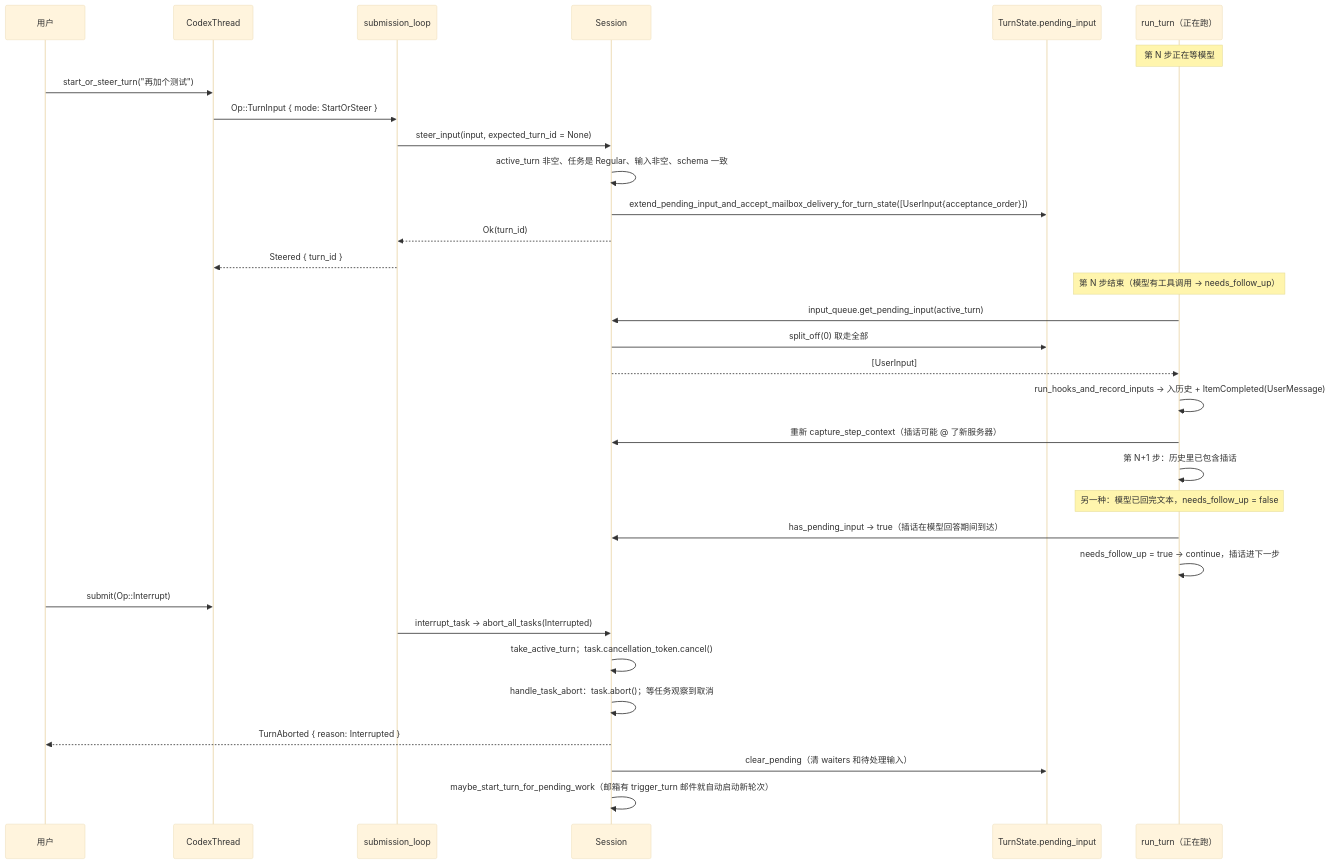
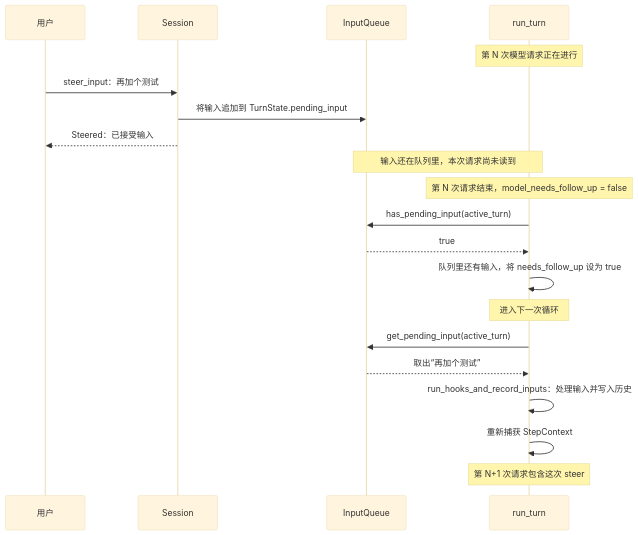
Before and after one commit to nickqiaoo/nickqiaoo.github.io: diagram 25 of 32 in src/content/post/agents-codex/index.md, drawn with Mermaid (base theme). The commit also changed other lines of this file and 2 other files, not shown here.

First line of the commit message:
docs(agents): checkpoint codex/opencode revisions and update handoff notes

````diff
--- a/src/content/post/agents-codex/index.md
+++ b/src/content/post/agents-codex/index.md
@@ -1711,37 +1807,25 @@
 ```mermaid
 sequenceDiagram
   participant U as 用户
-  participant CT as CodexThread
-  participant L as submission_loop
   participant S as Session
-  participant TS as TurnState.pending_input
-  participant RT as run_turn（正在跑）
+  participant Q as InputQueue
+  participant R as run_turn
 
-  Note over RT: 第 N 步正在等模型
-  U->>CT: start_or_steer_turn("再加个测试")
-  CT->>L: Op::TurnInput { mode: StartOrSteer }
-  L->>S: steer_input(input, expected_turn_id = None)
-  S->>S: active_turn 非空、任务是 Regular、输入非空、schema 一致
-  S->>TS: extend_pending_input_and_accept_mailbox_delivery_for_turn_state([UserInput{acceptance_order}])
-  S-->>L: Ok(turn_id)
-  L-->>CT: Steered { turn_id }
-  Note over RT: 第 N 步结束（模型有工具调用 → needs_follow_up）
-  RT->>S: input_queue.get_pending_input(active_turn)
-  S->>TS: split_off(0) 取走全部
-  S-->>RT: [UserInput]
-  RT->>RT: run_hooks_and_record_inputs → 入历史 + ItemCompleted(UserMessage)
-  RT->>S: 重新 capture_step_context（插话可能 @ 了新服务器）
-  RT->>RT: 第 N+1 步：历史里已包含插话
+  Note over R: 第 N 次模型请求正在进行
+  U->>S: steer_input：再加个测试
+  S->>Q: 将输入追加到 TurnState.pending_input
+  S-->>U: Steered：已接受输入
+  Note over Q,R: 输入还在队列里，本次请求尚未读到
 
-  Note over RT: 另一种：模型已回完文本，needs_follow_up = false
-  RT->>S: has_pending_input → true（插话在模型回答期间到达）
-  RT->>RT: needs_follow_up = true → continue，插话进下一步
+  Note over R: 第 N 次请求结束，model_needs_follow_up = false
+  R->>Q: has_pending_input(active_turn)
+  Q-->>R: true
+  R->>R: 队列里还有输入，将 needs_follow_up 设为 true
 
-  U->>CT: submit(Op::Interrupt)
-  L->>S: interrupt_task → abort_all_tasks(Interrupted)
-  S->>S: take_active_turn；task.cancellation_token.cancel()
-  S->>S: handle_task_abort：task.abort()；等任务观察到取消
-  S-->>U: TurnAborted { reason: Interrupted }
-  S->>TS: clear_pending（清 waiters 和待处理输入）
-  S->>S: maybe_start_turn_for_pending_work（邮箱有 trigger_turn 邮件就自动启动新轮次）
+  Note over R: 进入下一次循环
+  R->>Q: get_pending_input(active_turn)
+  Q-->>R: 取出“再加个测试”
+  R->>R: run_hooks_and_record_inputs：处理输入并写入历史
+  R->>R: 重新捕获 StepContext
+  Note over R: 第 N+1 次请求包含这次 steer
 ```
````
